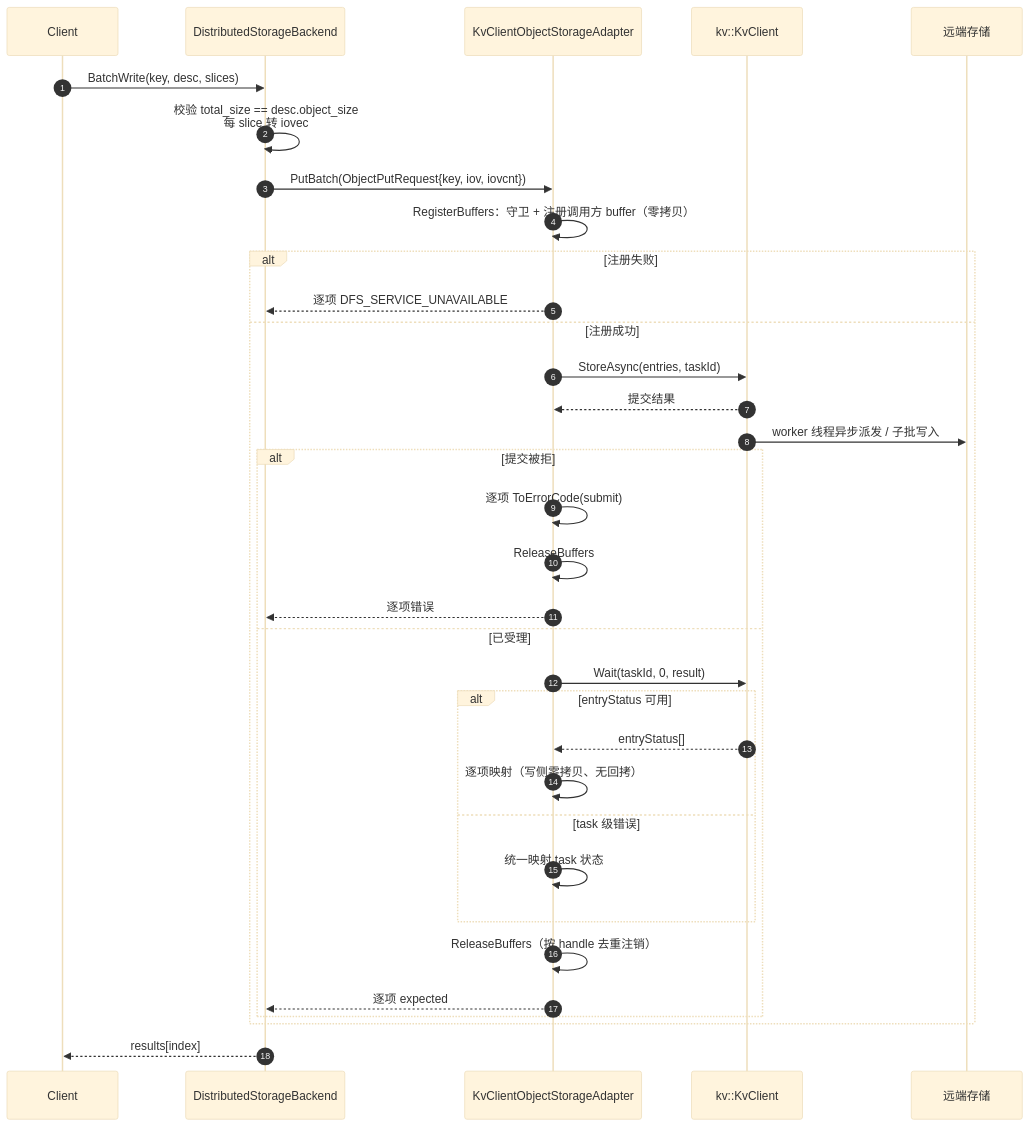
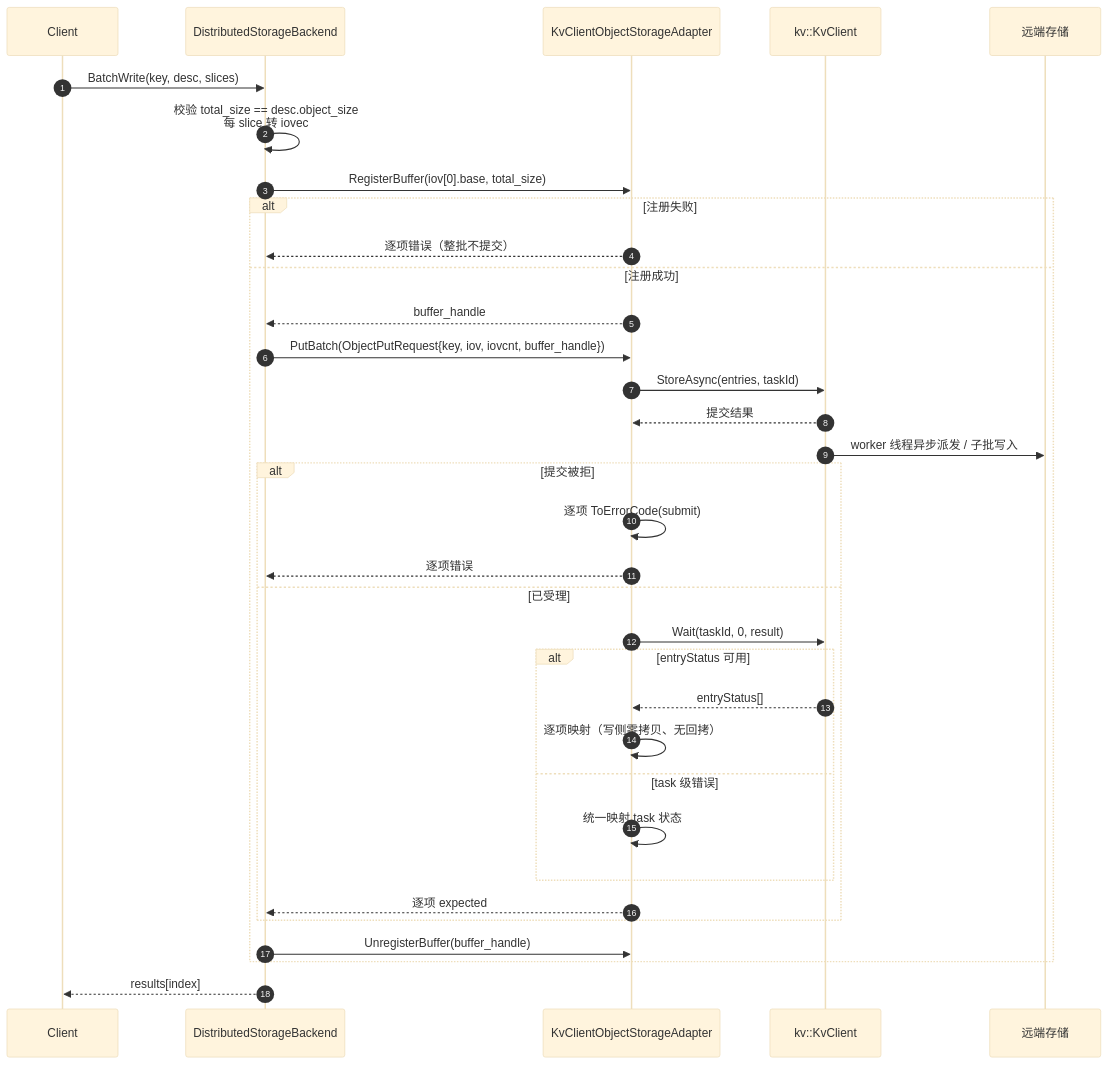
One commit to zwj20000328-dotcom/Mooncake-documents changed the sixth of 11 diagrams in Mooncake + KVClient L3 接入（Kvcs）- PR 实施设计.md. Above: the diagram before and after it, drawn with Mermaid (base theme). The commit also changed other lines of this file and 2 other files, not shown here.

First line of the commit message:
docs: move kvclient buffer registration to caller-owned handles

````diff
--- a/Mooncake + KVClient L3 接入（Kvcs）- PR 实施设计.md
+++ b/Mooncake + KVClient L3 接入（Kvcs）- PR 实施设计.md
@@ -710,37 +728,37 @@
 ```mermaid
 sequenceDiagram
     autonumber
     participant C as Client
     participant BE as DistributedStorageBackend
     participant AD as KvClientObjectStorageAdapter
     participant SDK as kv::KvClient
     participant S as 远端存储
 
     C->>BE: BatchWrite(key, desc, slices)
     BE->>BE: 校验 total_size == desc.object_size<br/>每 slice 转 iovec
-    BE->>AD: PutBatch(ObjectPutRequest{key, iov, iovcnt})
-    AD->>AD: RegisterBuffers：守卫 + 注册调用方 buffer（零拷贝）
+    BE->>AD: RegisterBuffer(iov[0].base, total_size)
     alt 注册失败
-        AD-->>BE: 逐项 DFS_SERVICE_UNAVAILABLE
+        AD-->>BE: 逐项错误（整批不提交）
     else 注册成功
+        AD-->>BE: buffer_handle
+        BE->>AD: PutBatch(ObjectPutRequest{key, iov, iovcnt, buffer_handle})
         AD->>SDK: StoreAsync(entries, taskId)
         SDK-->>AD: 提交结果
         SDK->>S: worker 线程异步派发 / 子批写入
         alt 提交被拒
             AD->>AD: 逐项 ToErrorCode(submit)
-            AD->>AD: ReleaseBuffers
             AD-->>BE: 逐项错误
         else 已受理
             AD->>SDK: Wait(taskId, 0, result)
             alt entryStatus 可用
                 SDK-->>AD: entryStatus[]
                 AD->>AD: 逐项映射（写侧零拷贝、无回拷）
             else task 级错误
                 AD->>AD: 统一映射 task 状态
             end
-            AD->>AD: ReleaseBuffers（按 handle 去重注销）
             AD-->>BE: 逐项 expected
         end
+        BE->>AD: UnregisterBuffer(buffer_handle)
     end
     BE-->>C: results[index]
 ```
````
